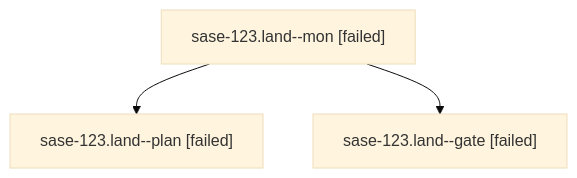
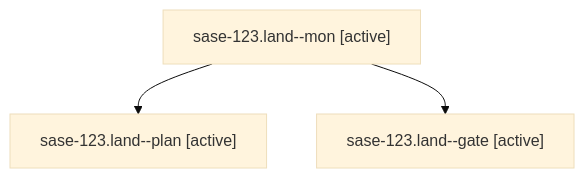
Before and after one commit to sase-org/sase--agents: the diagram in families/bbugyi200.athena.sase-123.land.md, drawn with Mermaid (base theme). The commit also changed other lines of this file and 35830 other files, not shown here.

````diff
--- a/families/bbugyi200.athena.sase-123.land.md
+++ b/families/bbugyi200.athena.sase-123.land.md
@@ -9,8 +9,8 @@
 ```mermaid
 flowchart TD
-  n0["sase-123.land--mon [failed]"]
-  n1["sase-123.land--plan [failed]"]
+  n0["sase-123.land--mon [active]"]
+  n1["sase-123.land--plan [active]"]
   n0 --> n1
-  n2["sase-123.land--gate [failed]"]
+  n2["sase-123.land--gate [active]"]
   n0 --> n2
 ```
````
